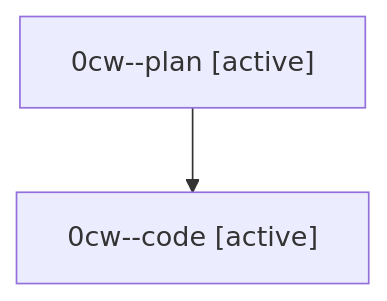
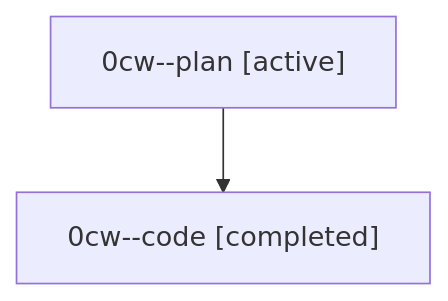
One commit to sase-org/sase--agents changed the diagram in families/bbugyi200.athena.0cw.md. Above: the diagram before and after it, drawn with Mermaid. The commit also changed other lines of this file and 35830 other files, not shown here.

````diff
--- a/families/bbugyi200.athena.0cw.md
+++ b/families/bbugyi200.athena.0cw.md
@@ -9,6 +9,6 @@
 ```mermaid
 flowchart TD
   n0["0cw--plan [active]"]
-  n1["0cw--code [active]"]
+  n1["0cw--code [completed]"]
   n0 --> n1
 ```
````
